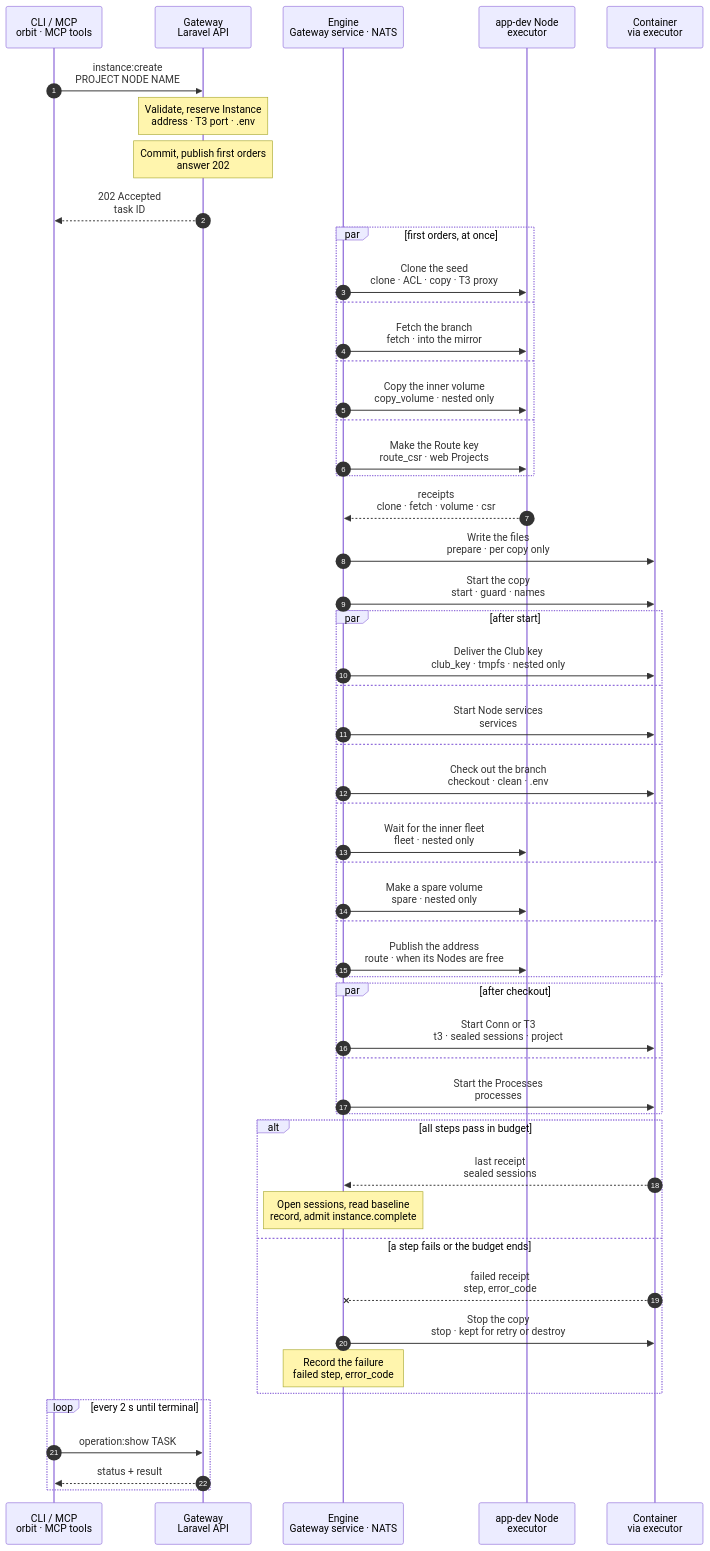
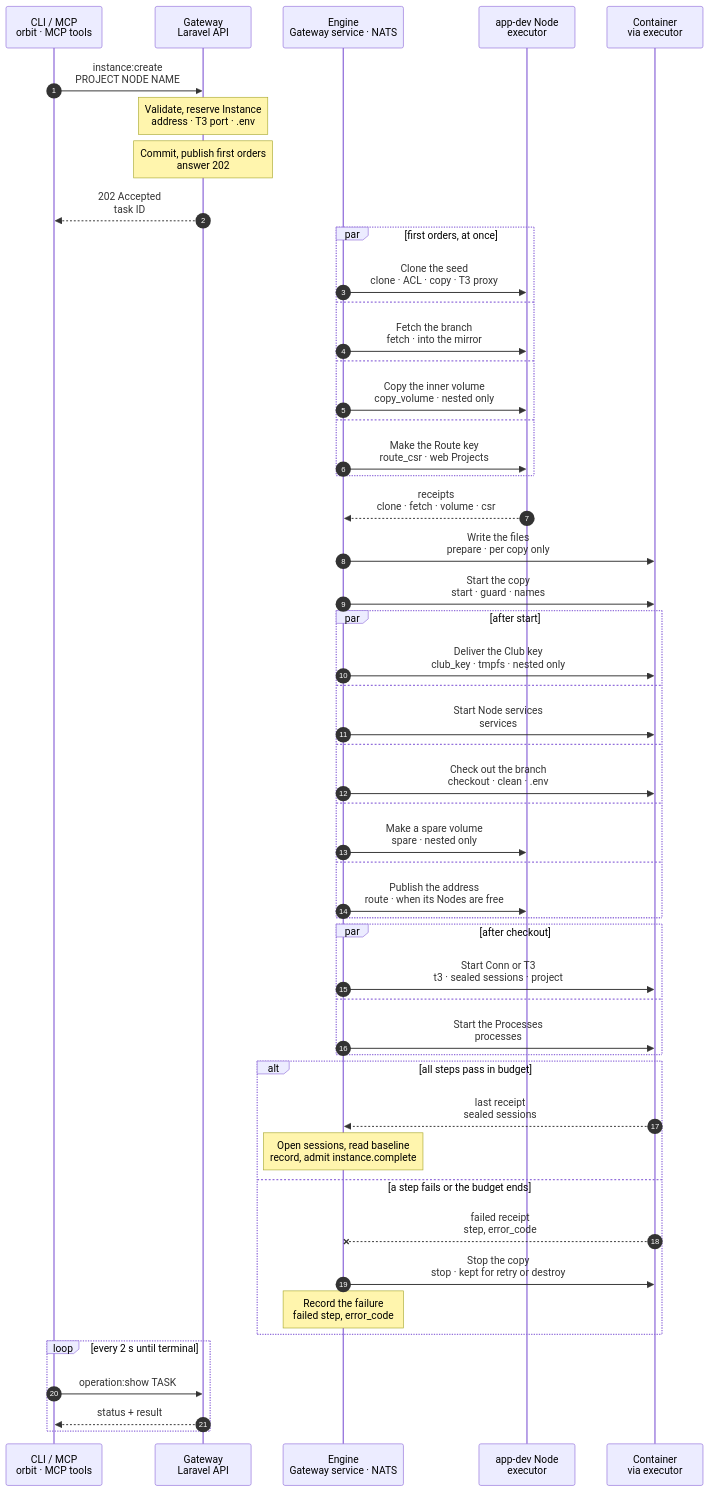
The diagram in docs/cli/instance/container/create-engine.mmd (hardimpactdev/orbit), drawn with Mermaid before and after one commit. The commit also changed 31 other files, not shown here.

First line of the commit message:
Start a nested clone's fleet beside its completion (instance.fleet)

```diff
--- a/docs/cli/instance/container/create-engine.mmd
+++ b/docs/cli/instance/container/create-engine.mmd
@@ -1,82 +1,79 @@
 sequenceDiagram
   %% A container clone's create on the Gateway engine (ADR 0271, docs/reference/gateway-engine.md#instancecreate): the steps of container/create.mmd as the executor's `instance` family, each a small repeatable order, so a failure names its step and a retry resumes there. The first orders go at once; each later step waits only for what it reads. The default's seed already holds what every clone needs (docs/reference/development-containers.md#the-seed-manifest), so a clone writes only its own files.
   %% Today the completion still publishes the address (`route_publication: deferred`) and starts Node services and Processes; the Route steps and a seed-ready event are later work.
   %% status: draft
   %% command: instance:create
   %% kind: instance.create
   autonumber
   %% lane CLI icon=terminal pill=caller tone=gray
   %% lane GW icon=gateway pill=intent tone=blue
   %% lane EN icon=workflow pill=engine tone=purple
   %% lane N icon=server pill=executor tone=amber
   %% lane C icon=server pill=copy tone=green
   participant CLI as CLI / MCP<br/>orbit · MCP tools
   participant GW as Gateway<br/>Laravel API
   participant EN as Engine<br/>Gateway service · NATS
   participant N as app-dev Node<br/>executor
   participant C as Container<br/>via executor
   CLI->>GW: instance:create<br/>PROJECT NODE NAME
   Note over GW: Validate, reserve Instance<br/>address · T3 port · .env
   %%> Same admission as container/create.mmd, in one transaction.
   %%> The engine runs it when every step's Node reports the step's action (agent 0.23.0, 0.24.0 for a nested-fleet clone); else Swamp runs it.
   %%> Secrets go as blobs to the target Node, never to a vault.
   Note over GW: Commit, publish first orders<br/>answer 202
   GW-->>CLI: 202 Accepted<br/>task ID
   par first orders, at once
     EN->>N: Clone the seed<br/>clone · ACL · copy · T3 proxy
     %%> Each Node step locks only its own part of the Node, so these run side by side.
   and
     EN->>N: Fetch the branch<br/>fetch · into the mirror
   and
     EN->>N: Copy the inner volume<br/>copy_volume · nested only
     %%> A spare of the same seed is taken by a rename; else the volume is copied.
   and
     EN->>N: Make the Route key<br/>route_csr · web Projects
     %%> Later work: today the completion publishes the address.
   end
   N-->>EN: receipts<br/>clone · fetch · volume · csr
   EN->>C: Write the files<br/>prepare · per copy only
   %%> Needs clone. The seed's manifest names what the seed holds.
   %%> Settings are merged into the seed's own, never replaced.
+  %%> It reports fleet_tunnel: the seed holds Orbit's tunnel boot unit.
   EN->>C: Start the copy<br/>start · guard · names
   %%> Needs prepare and copy_volume. A nested copy starts only when both copies hold the seed's current take.
   %%> The app-user swap runs only on an older seed.
   par after start
     EN->>C: Deliver the Club key<br/>club_key · tmpfs · nested only
     %%> club_key and checkout lock the same copy, so they run one after the other.
   and
     EN->>C: Start Node services<br/>services
     %%> Later work: today the completion applies them.
   and
     EN->>C: Check out the branch<br/>checkout · clean · .env
     %%> Needs fetch too. A task copy cleans only when the seed was not clean.
-  and
-    EN->>N: Wait for the inner fleet<br/>fleet · nested only
-    %%> After club_key, on its own part of the Node: beside checkout and t3. The fleet boots with the copy.
-    %%> Inner Incus, then Doctor healthy, 3 agents online, operator known, read every 250 ms.
   and
     EN->>N: Make a spare volume<br/>spare · nested only
     %%> In the background: the create neither waits for it nor fails by it.
   and
     EN->>N: Publish the address<br/>route · when its Nodes are free
     %%> Later work, as route_csr.
   end
   par after checkout
     EN->>C: Start Conn or T3<br/>t3 · sealed sessions · project
   and
     EN->>C: Start the Processes<br/>processes
     %%> Later work: today the completion starts them.
   end
   alt all steps pass in budget
     C-->>EN: last receipt<br/>sealed sessions
     Note over EN: Open sessions, read baseline<br/>record, admit instance.complete
-    %%> A ready fleet sets fleet_ready: the completion skips clone-fleet.
+    %%> fleet_tunnel sets fleet_start background: admit instance.fleet beside the completion, which skips clone-fleet.
   else a step fails or the budget ends
     C--xEN: failed receipt<br/>step, error_code
     EN->>C: Stop the copy<br/>stop · kept for retry or destroy
     Note over EN: Record the failure<br/>failed step, error_code
   end
   loop every 2 s until terminal
     CLI->>GW: operation:show TASK
     GW-->>CLI: status + result
   end
```
